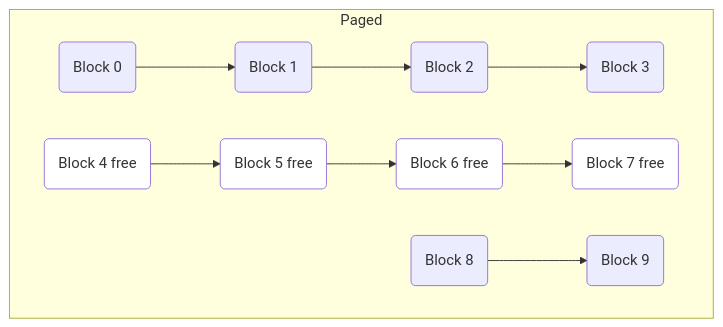
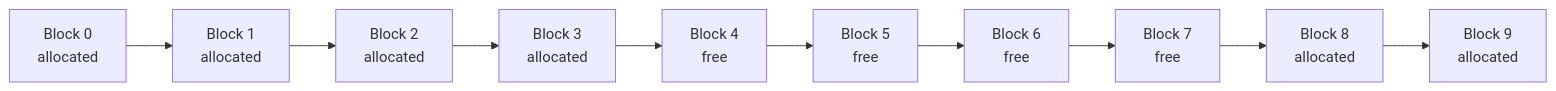
One commit to Shahriarin2garden/vllm_from_scratch changed diagram 38 of 50 in lab0.4/README.md. Above: the diagram before and after it, drawn with Mermaid. The commit also changed other lines of this file, not shown here.

Commit message:
Refactor diagrams in README.md for improved clarity and detail on memory allocation and scheduling concepts

````diff
--- a/lab0.4/README.md
+++ b/lab0.4/README.md
@@ -1070,12 +1047,6 @@
 ```mermaid
-graph TD
-    subgraph Paged
-        B0(Block 0) --> B1(Block 1) --> B2(Block 2) --> B3(Block 3)
-        B4(Block 4 free) --> B5(Block 5 free) --> B6(Block 6 free) --> B7(Block 7 free)
-        B8(Block 8) --> B9(Block 9)
-    end
-    style B4 fill:white
-    style B5 fill:white
-    style B6 fill:white
-    style B7 fill:white
+flowchart LR
+    B0["Block 0<br/>allocated"] --> B1["Block 1<br/>allocated"] --> B2["Block 2<br/>allocated"] --> B3["Block 3<br/>allocated"]
+    B3 --> B4["Block 4<br/>free"] --> B5["Block 5<br/>free"] --> B6["Block 6<br/>free"] --> B7["Block 7<br/>free"]
+    B7 --> B8["Block 8<br/>allocated"] --> B9["Block 9<br/>allocated"]
 ```
````
